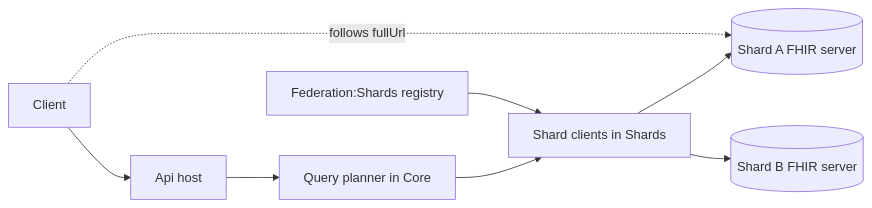
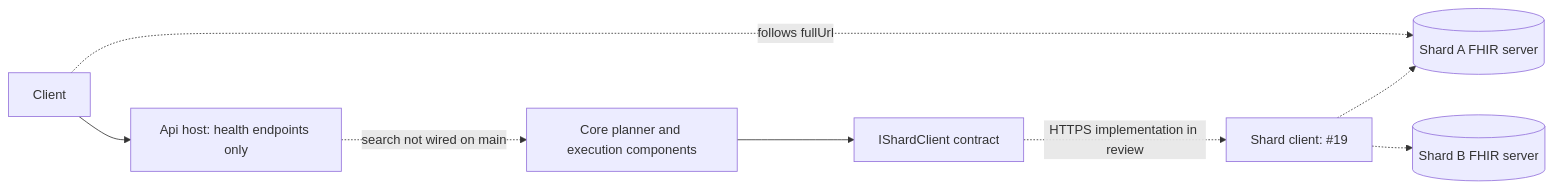
Before and after one commit to brendankowitz/fhir-federation-service: the first of 2 diagrams in README.md, drawn with Mermaid. The commit also changed other lines of this file and 2 other files, not shown here.

First line of the commit message:
docs: refresh the README for the current federation capabilities (#20)

````diff
--- a/README.md
+++ b/README.md
@@ -77,10 +79,11 @@
 ```mermaid
 flowchart LR
-  Client[Client] --> Api[Api host]
-  Api --> Planner[Query planner in Core]
-  Planner --> Clients[Shard clients in Shards]
-  Clients --> ShardA[(Shard A FHIR server)]
-  Clients --> ShardB[(Shard B FHIR server)]
-  Registry[Federation:Shards registry] --> Clients
+  Client[Client] --> Api[Api host: health endpoints only]
+  Core[Core planner and execution components]
+  Api -. search not wired on main .-> Core
+  Core --> Contract[IShardClient contract]
+  Contract -. HTTPS implementation in review .-> Shards[Shard client: #19]
+  Shards -.-> ShardA[(Shard A FHIR server)]
+  Shards -.-> ShardB[(Shard B FHIR server)]
   Client -. follows fullUrl .-> ShardA
 ```
````
